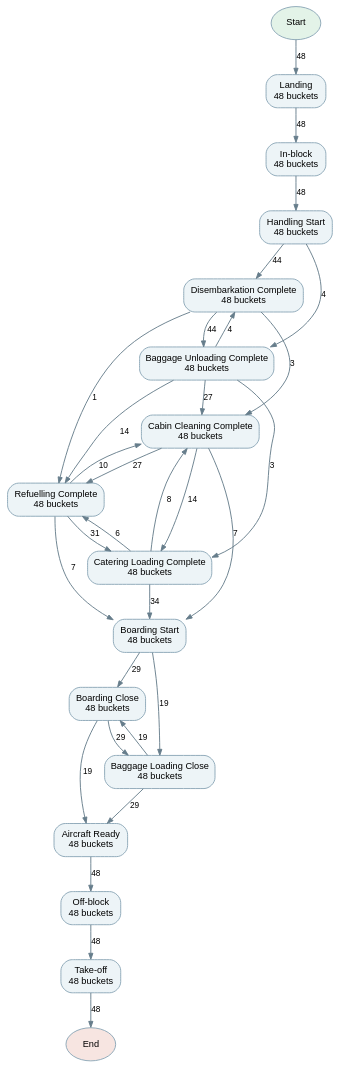
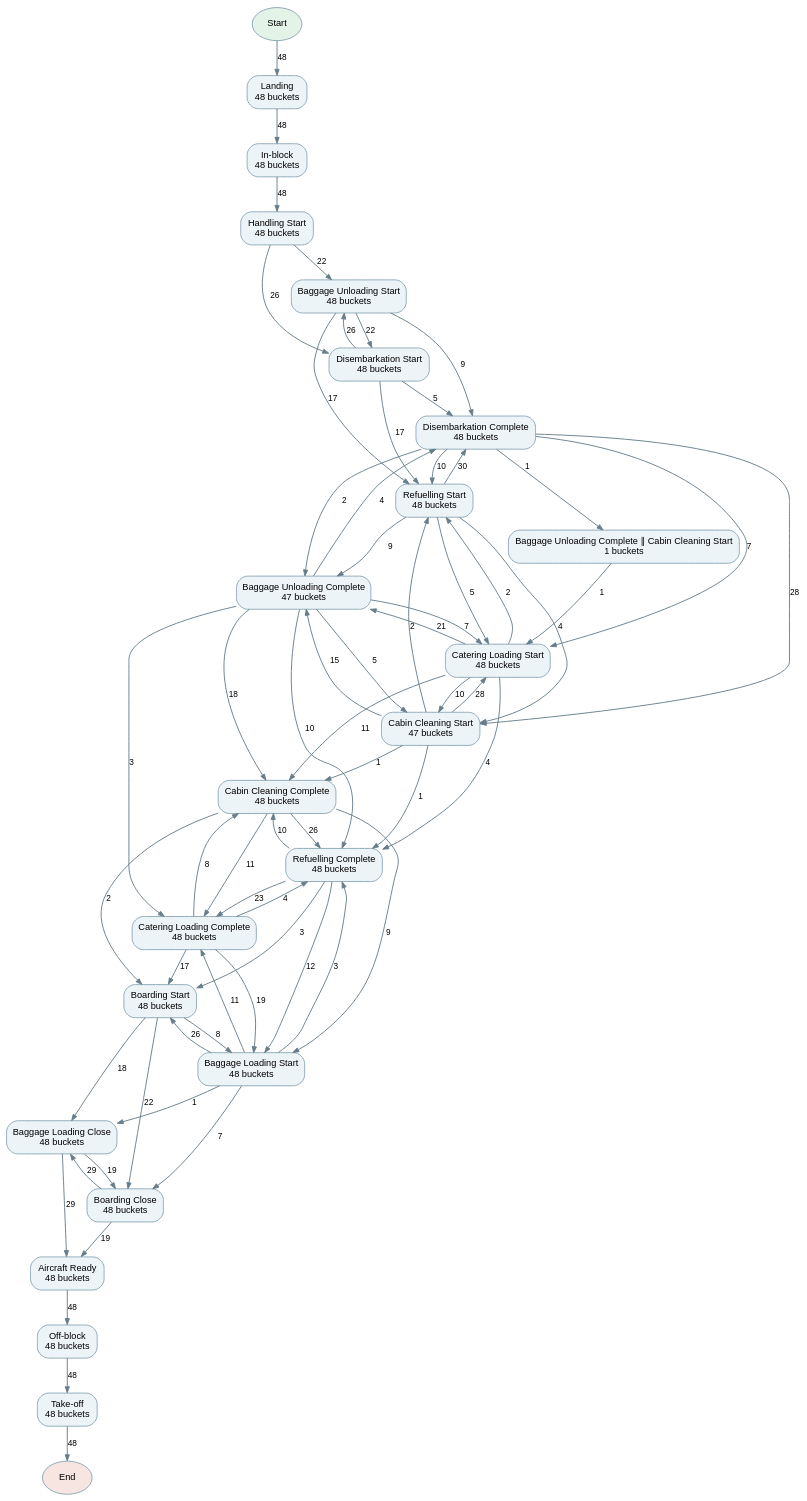
Before and after one commit to jiwonpark7913/NL2EVENTLOG: the diagram in datasets/synthetic/airlineflow/gold/Q04/dfg.dot, drawn with Graphviz. The commit also changed 36 other files, not shown here.

```diff
--- a/datasets/synthetic/airlineflow/gold/Q04/dfg.dot
+++ b/datasets/synthetic/airlineflow/gold/Q04/dfg.dot
@@ -1,51 +1,92 @@
 digraph D {
 graph [rankdir=TB, bgcolor="transparent", pad=0.25, nodesep=0.35, ranksep=0.38];
 node [shape=box,style="rounded,filled",color="#8ba6b6",fillcolor="#edf4f7",fontname="Arial",fontsize=10];
 edge [color="#667d8b",fontname="Arial",fontsize=9,arrowsize=.65];
 start [shape=ellipse,label="Start",fillcolor="#e3f3e8"];
 end [shape=ellipse,label="End",fillcolor="#f7e5e1"];
 n0 [label="Landing\n48 buckets"];
 n1 [label="In-block\n48 buckets"];
 n2 [label="Handling Start\n48 buckets"];
-n3 [label="Disembarkation Complete\n48 buckets"];
-n4 [label="Baggage Unloading Complete\n48 buckets"];
-n5 [label="Refuelling Complete\n48 buckets"];
-n6 [label="Catering Loading Complete\n48 buckets"];
-n7 [label="Cabin Cleaning Complete\n48 buckets"];
-n8 [label="Boarding Start\n48 buckets"];
-n9 [label="Boarding Close\n48 buckets"];
-n10 [label="Baggage Loading Close\n48 buckets"];
-n11 [label="Aircraft Ready\n48 buckets"];
-n12 [label="Off-block\n48 buckets"];
-n13 [label="Take-off\n48 buckets"];
+n3 [label="Baggage Unloading Start\n48 buckets"];
+n4 [label="Disembarkation Start\n48 buckets"];
+n5 [label="Refuelling Start\n48 buckets"];
+n6 [label="Disembarkation Complete\n48 buckets"];
+n7 [label="Catering Loading Start\n48 buckets"];
+n8 [label="Cabin Cleaning Start\n47 buckets"];
+n9 [label="Baggage Unloading Complete\n47 buckets"];
+n10 [label="Refuelling Complete\n48 buckets"];
+n11 [label="Catering Loading Complete\n48 buckets"];
+n12 [label="Cabin Cleaning Complete\n48 buckets"];
+n13 [label="Baggage Loading Start\n48 buckets"];
+n14 [label="Boarding Start\n48 buckets"];
+n15 [label="Boarding Close\n48 buckets"];
+n16 [label="Baggage Loading Close\n48 buckets"];
+n17 [label="Aircraft Ready\n48 buckets"];
+n18 [label="Off-block\n48 buckets"];
+n19 [label="Take-off\n48 buckets"];
+n20 [label="Baggage Unloading Complete ∥ Cabin Cleaning Start\n1 buckets"];
 start -> n0 [label="48"];
-n11 -> n12 [label="48"];
-n10 -> n11 [label="29"];
-n10 -> n9 [label="19"];
-n4 -> n7 [label="27"];
-n4 -> n6 [label="3"];
-n4 -> n3 [label="4"];
-n4 -> n5 [label="14"];
-n9 -> n11 [label="19"];
-n9 -> n10 [label="29"];
-n8 -> n10 [label="19"];
-n8 -> n9 [label="29"];
-n7 -> n8 [label="7"];
-n7 -> n6 [label="14"];
-n7 -> n5 [label="27"];
-n6 -> n8 [label="34"];
-n6 -> n7 [label="8"];
-n6 -> n5 [label="6"];
-n3 -> n4 [label="44"];
-n3 -> n7 [label="3"];
-n3 -> n5 [label="1"];
-n2 -> n4 [label="4"];
-n2 -> n3 [label="44"];
+n0 -> n1 [label="48"];
 n1 -> n2 [label="48"];
-n0 -> n1 [label="48"];
-n12 -> n13 [label="48"];
-n5 -> n8 [label="7"];
-n5 -> n7 [label="10"];
-n5 -> n6 [label="31"];
-n13 -> end [label="48"];
+n2 -> n3 [label="22"];
+n3 -> n4 [label="22"];
+n4 -> n5 [label="17"];
+n5 -> n6 [label="30"];
+n6 -> n7 [label="7"];
+n7 -> n8 [label="10"];
+n8 -> n9 [label="15"];
+n9 -> n10 [label="10"];
+n10 -> n11 [label="23"];
+n11 -> n12 [label="8"];
+n12 -> n13 [label="9"];
+n13 -> n14 [label="26"];
+n14 -> n15 [label="22"];
+n15 -> n16 [label="29"];
+n16 -> n17 [label="29"];
+n17 -> n18 [label="48"];
+n18 -> n19 [label="48"];
+n6 -> n8 [label="28"];
+n8 -> n7 [label="28"];
+n7 -> n9 [label="21"];
+n9 -> n11 [label="3"];
+n11 -> n10 [label="4"];
+n10 -> n12 [label="10"];
+n13 -> n11 [label="11"];
+n11 -> n14 [label="17"];
+n14 -> n16 [label="18"];
+n16 -> n15 [label="19"];
+n15 -> n17 [label="19"];
+n9 -> n8 [label="5"];
+n8 -> n12 [label="1"];
+n12 -> n10 [label="26"];
+n14 -> n13 [label="8"];
+n13 -> n15 [label="7"];
+n2 -> n4 [label="26"];
+n4 -> n3 [label="26"];
+n3 -> n5 [label="17"];
+n9 -> n7 [label="7"];
+n7 -> n12 [label="11"];
+n11 -> n13 [label="19"];
+n9 -> n12 [label="18"];
+n12 -> n11 [label="11"];
+n10 -> n13 [label="12"];
+n5 -> n9 [label="9"];
+n9 -> n6 [label="4"];
+n13 -> n10 [label="3"];
+n10 -> n14 [label="3"];
+n3 -> n6 [label="9"];
+n7 -> n5 [label="2"];
+n4 -> n6 [label="5"];
+n6 -> n5 [label="10"];
+n12 -> n14 [label="2"];
+n13 -> n16 [label="1"];
+n5 -> n7 [label="5"];
+n8 -> n10 [label="1"];
+n6 -> n20 [label="1"];
+n20 -> n7 [label="1"];
+n7 -> n10 [label="4"];
+n8 -> n5 [label="2"];
+n5 -> n8 [label="4"];
+n6 -> n9 [label="2"];
+n19 -> end [label="48"];
 }
```
